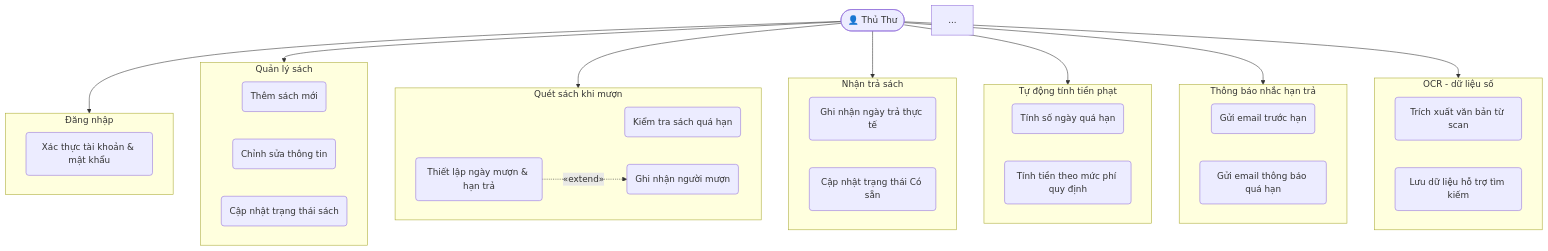
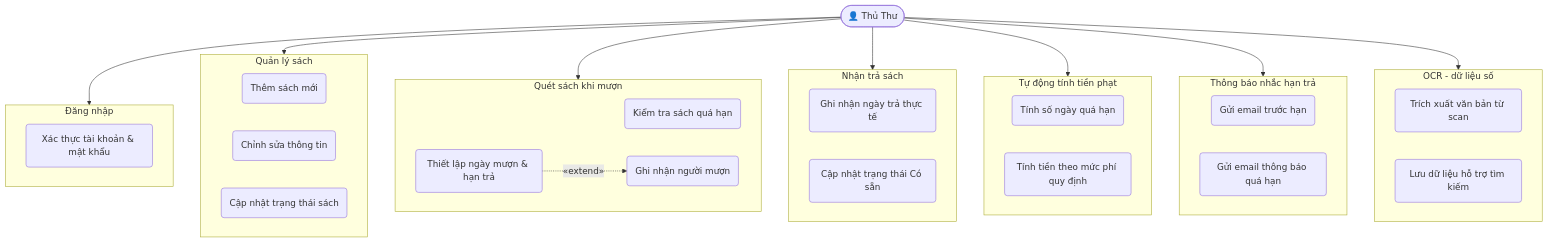
One commit to doduclong204/library-management-system changed the diagram in docs/diagrams/phanrathuthu.md. Above: the diagram before and after it, drawn with Mermaid. The commit also changed 2 other files, not shown here.

Commit message:
update .md

````diff
--- a/docs/diagrams/phanrathuthu.md
+++ b/docs/diagrams/phanrathuthu.md
@@ -1,45 +1,44 @@
 ```mermaid
 flowchart TB
     TT(["👤 Thủ Thư"])
 
     TT --> DN & QL & QS & NT & PH & TB_mail & OCR
 
     subgraph DN ["Đăng nhập"]
         dn1(Xác thực tài khoản & mật khẩu)
     end
 
     subgraph QL ["Quản lý sách"]
         ql1(Thêm sách mới)
         ql2(Chỉnh sửa thông tin)
         ql3(Cập nhật trạng thái sách)
     end
 
     subgraph QS ["Quét sách khi mượn"]
         qs1(Kiểm tra sách quá hạn)
         qs2(Thiết lập ngày mượn & hạn trả)
         qs3(Ghi nhận người mượn)
     end
 
     subgraph NT ["Nhận trả sách"]
         nt1(Ghi nhận ngày trả thực tế)
         nt2(Cập nhật trạng thái Có sẵn)
     end
 
     subgraph PH ["Tự động tính tiền phạt"]
         ph1(Tính số ngày quá hạn)
         ph2(Tính tiền theo mức phí quy định)
     end
 
     subgraph TB_mail ["Thông báo nhắc hạn trả"]
         tb1(Gửi email trước hạn)
         tb2(Gửi email thông báo quá hạn)
     end
 
     subgraph OCR ["OCR - dữ liệu số"]
         ocr1(Trích xuất văn bản từ scan)
         ocr2(Lưu dữ liệu hỗ trợ tìm kiếm)
     end
 
     qs2 -.->|«extend»| qs3
-    ...
 ```
````
